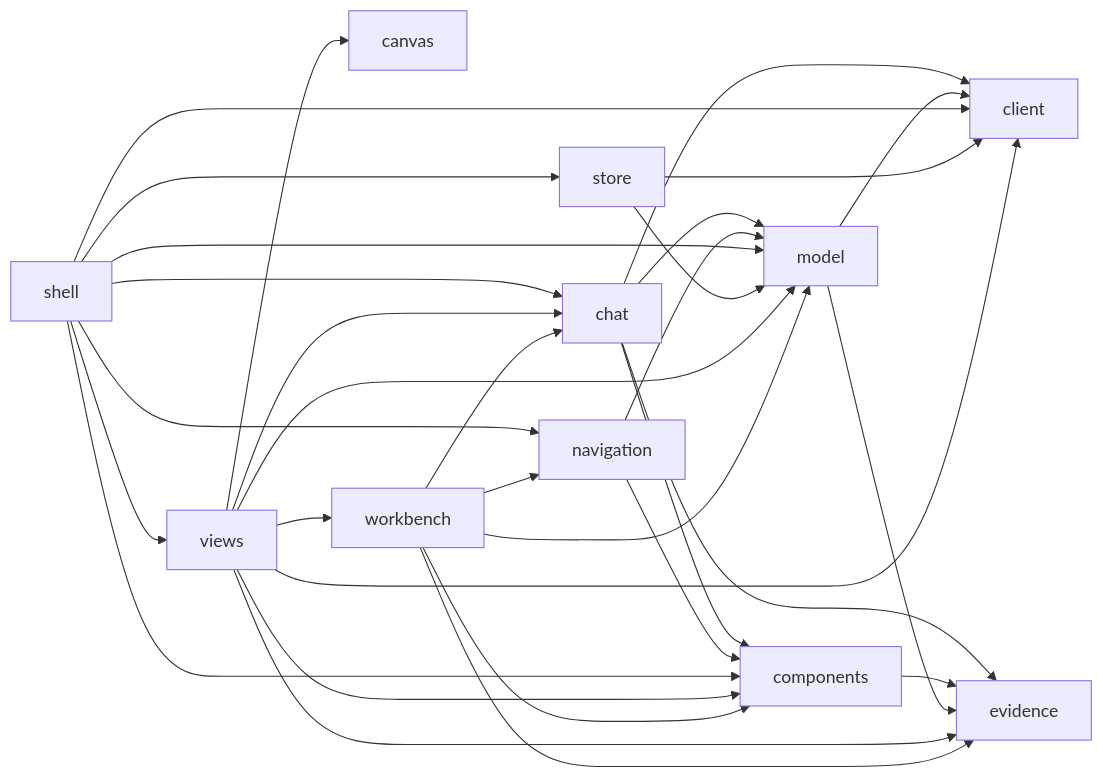
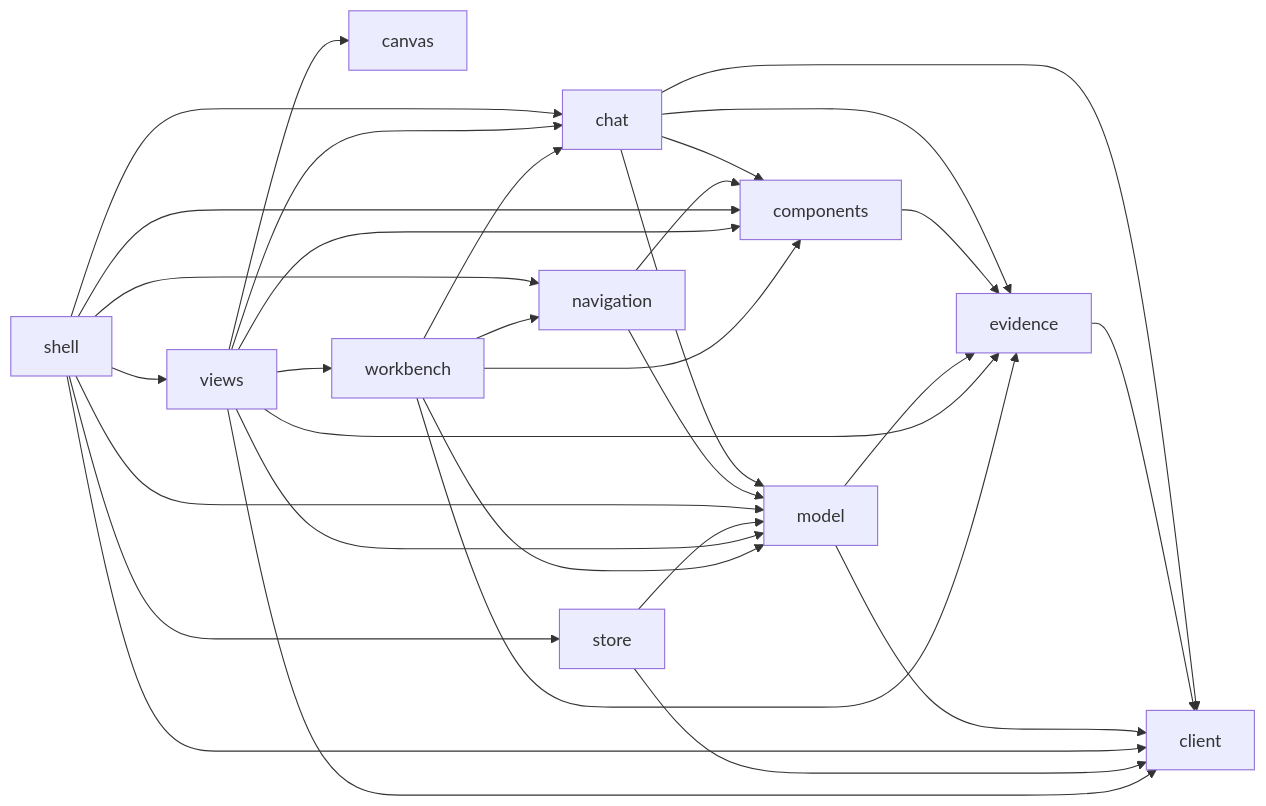
Before and after one commit to rapiddweller/archkeel: the diagram in src/archkeel/studio/ui/AGENTS.md, drawn with Mermaid. The commit also changed other lines of this file and 9 other files, not shown here.

````diff
--- a/src/archkeel/studio/ui/AGENTS.md
+++ b/src/archkeel/studio/ui/AGENTS.md
@@ -30,33 +30,34 @@
 ```mermaid
 flowchart LR
     chat --> client
     chat --> components
     chat --> evidence
     chat --> model
     components --> evidence
+    evidence --> client
     model --> client
     model --> evidence
     navigation --> components
     navigation --> model
     shell --> chat
     shell --> client
     shell --> components
     shell --> model
     shell --> navigation
     shell --> store
     shell --> views
     store --> client
     store --> model
     views --> canvas
     views --> chat
     views --> client
     views --> components
     views --> evidence
     views --> model
     views --> workbench
     workbench --> chat
     workbench --> components
     workbench --> evidence
     workbench --> model
     workbench --> navigation
 ```
````
